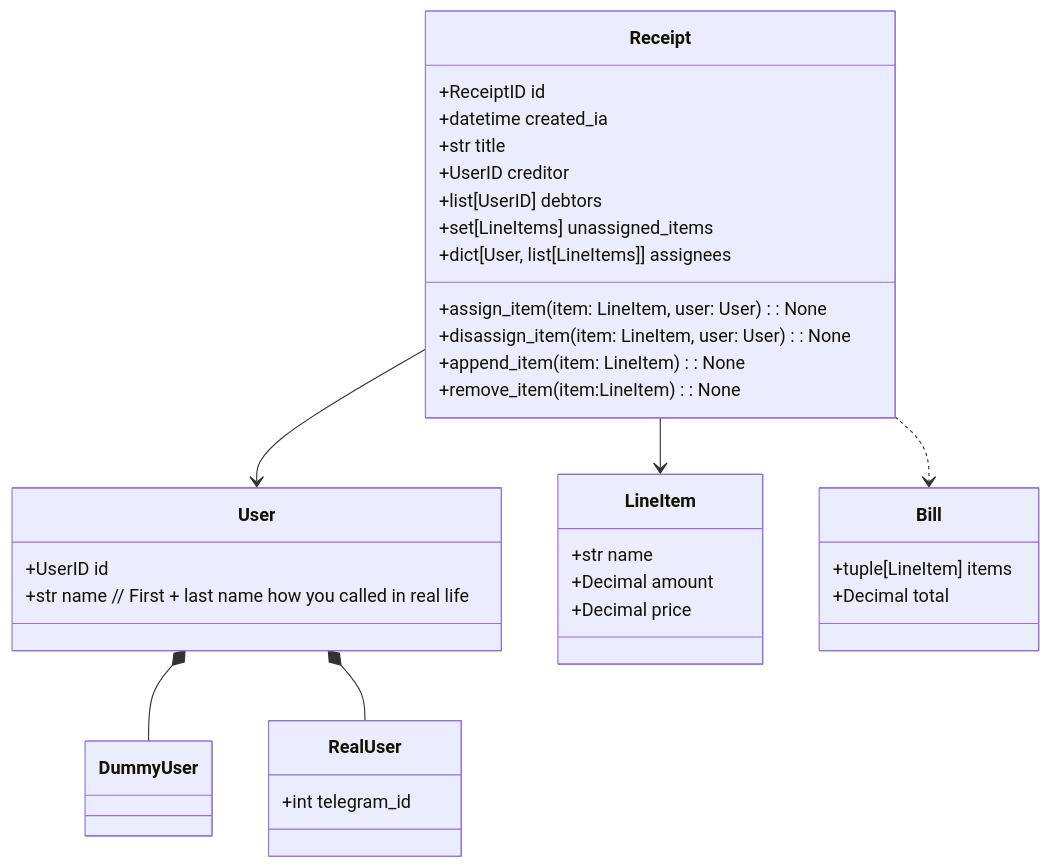
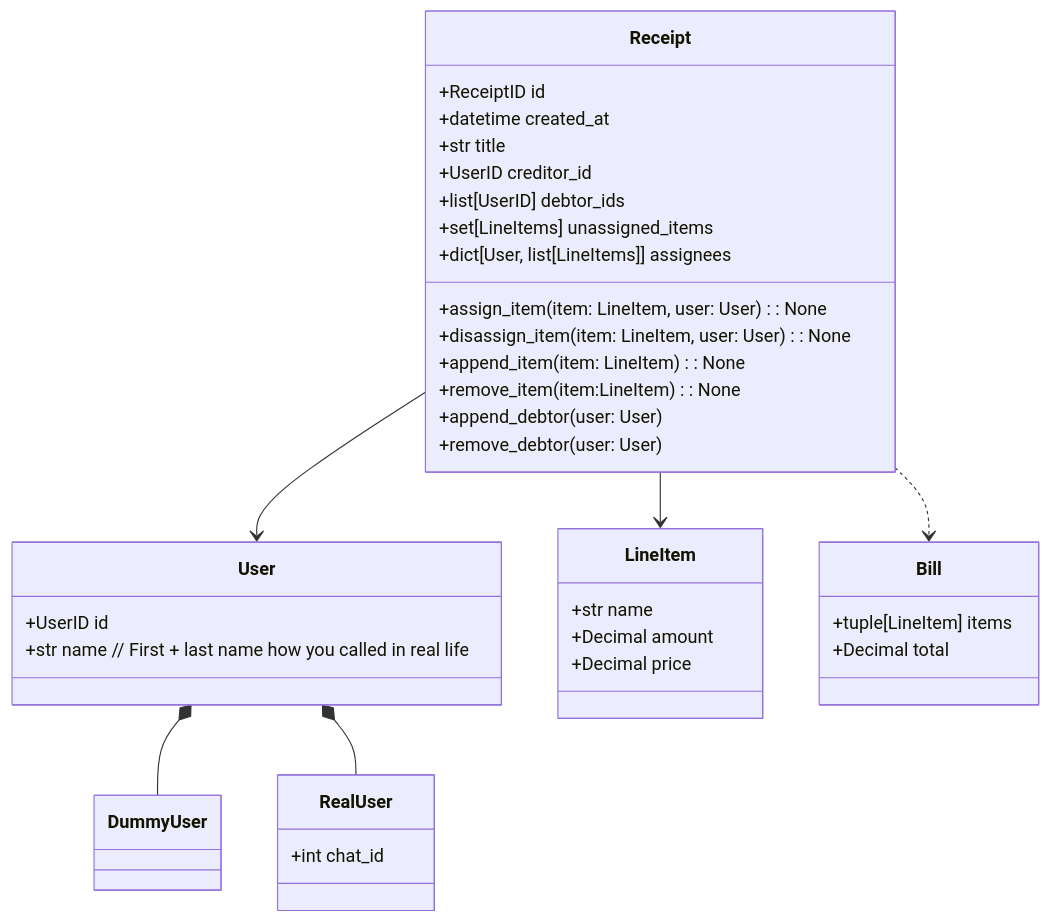
One commit to BeaverNotACat/receipt-splitting-bot changed the diagram in docs/domain_models.md. Above: the diagram before and after it, drawn with Mermaid. The commit also changed other lines of this file and 1 other file, not shown here.

Commit message:
📝 Add database comparation and update domains

````diff
--- a/docs/domain_models.md
+++ b/docs/domain_models.md
@@ -1,51 +1,53 @@
 ```mermaid
 classDiagram
     class Receipt{
 	    +ReceiptID id
-	    +datetime created_ia
+	    +datetime created_at
 	    +str title 
 
-	    +UserID creditor
-	    +list[UserID] debtors
+	    +UserID creditor_id
+	    +list[UserID] debtor_ids
 
 	    +set[LineItems] unassigned_items
 	    +dict[User, list[LineItems]] assignees
 
 	    +assign_item(item: LineItem, user: User): None
 	    +disassign_item(item: LineItem, user: User): None
 	    +append_item(item: LineItem): None
 	    +remove_item(item:LineItem): None
+	    +append_debtor(user: User)
+	    +remove_debtor(user: User)
     }
     Receipt --> User
     Receipt --> LineItem
     Receipt ..> Bill
 
 
     class User {
     	+UserID id
         +str name // First + last name how you called in real life
     }
     User *-- DummyUser
     User *-- RealUser
 
 
 	class DummyUser
 
 
 	class RealUser{
-        +int telegram_id
+        +int chat_id
     }
 
 
     class LineItem{
 	    +str name
 	    +Decimal amount
 	    +Decimal price
     }
 
 
     class Bill{
 	    +tuple[LineItem] items
 	    +Decimal total
     }
 ```
````
